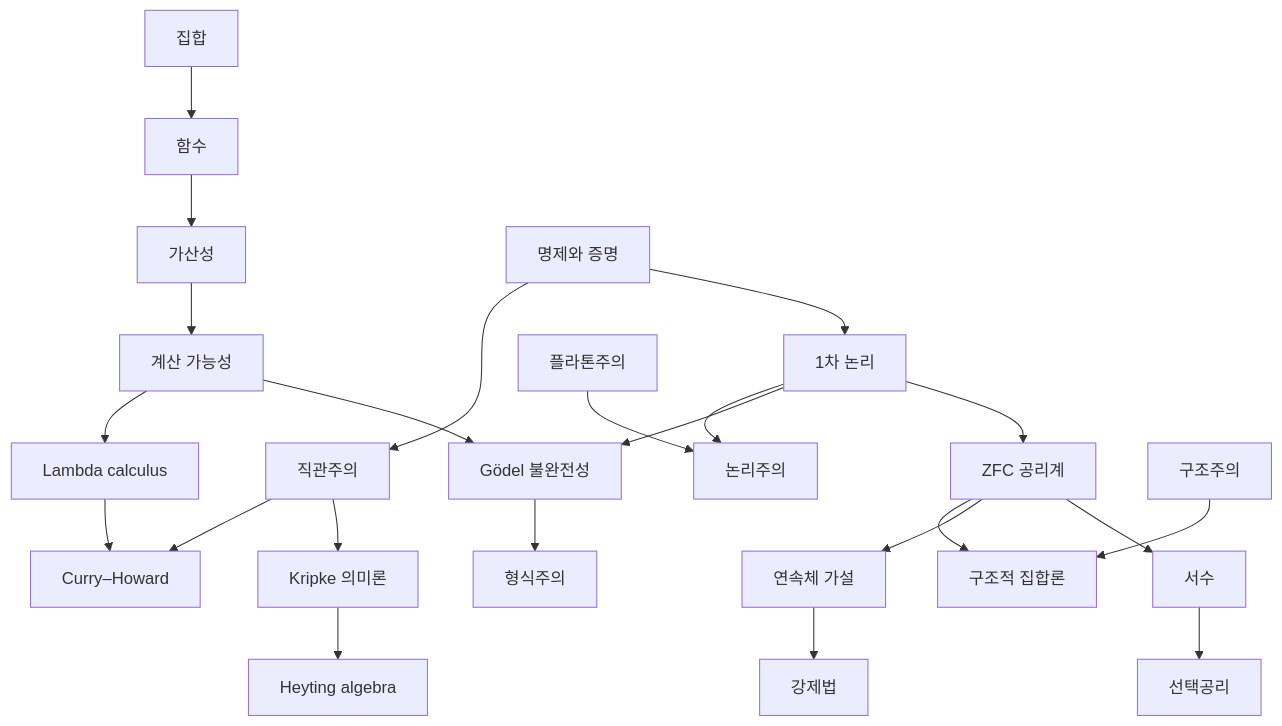
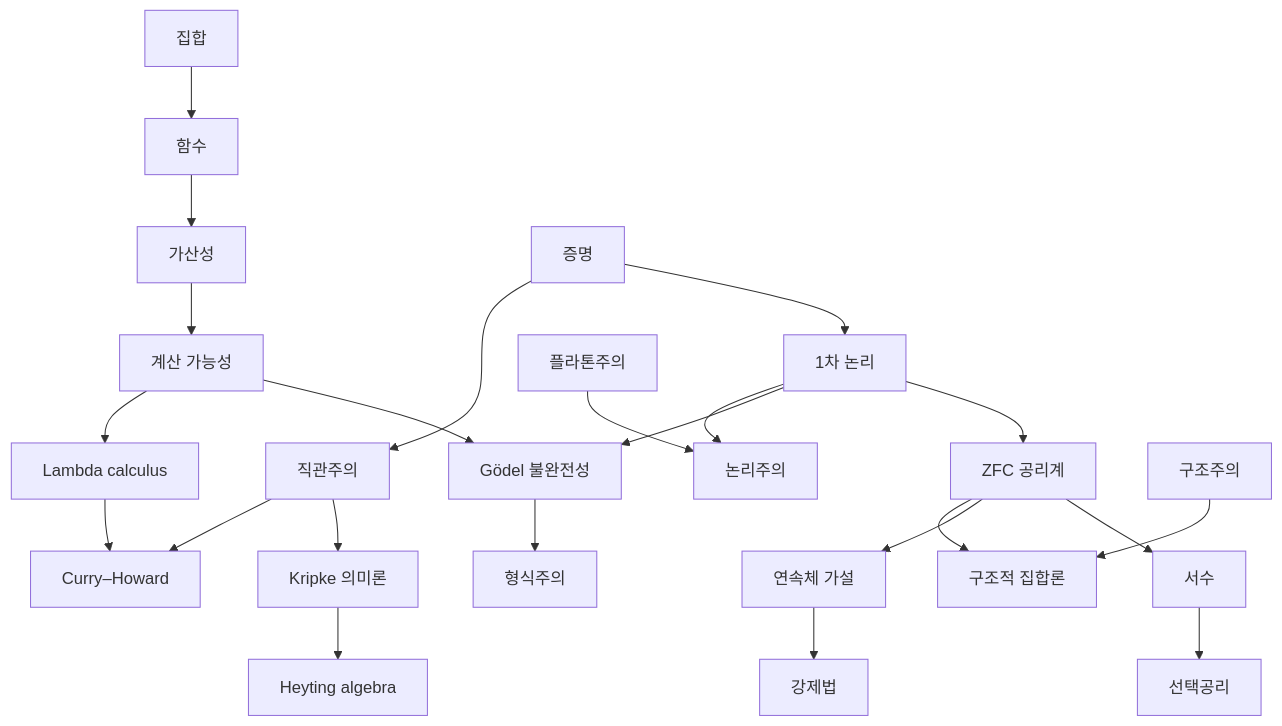
One commit to Phryxia/math-map changed the diagram in docs/foundations-overview.md. Above: the diagram before and after it, drawn with Mermaid. The commit also changed other lines of this file and 11 other files, not shown here.

````diff
--- a/docs/foundations-overview.md
+++ b/docs/foundations-overview.md
@@ -11,14 +11,14 @@
 ```mermaid
 graph TD
   S["집합"] --> F["함수"] --> CD["가산성"] --> CM["계산 가능성"] --> GD["Gödel 불완전성"]
-  P["명제와 증명"] --> FOL["1차 논리"] --> ZFC["ZFC 공리계"] --> OR["서수"] --> AC["선택공리"]
+  P["증명"] --> FOL["1차 논리"] --> ZFC["ZFC 공리계"] --> OR["서수"] --> AC["선택공리"]
   ZFC --> CH["연속체 가설"] --> FC["강제법"]
   FOL --> GD --> FM["형식주의"]
   FOL --> LG["논리주의"]
   PL["플라톤주의"] --> LG
   P --> IN["직관주의"] --> KR["Kripke 의미론"] --> HA["Heyting algebra"]
   IN --> CH2["Curry–Howard"]
   CM --> LC["Lambda calculus"] --> CH2
   ST["구조주의"] --> SST["구조적 집합론"]
   ZFC --> SST
 ```
````
